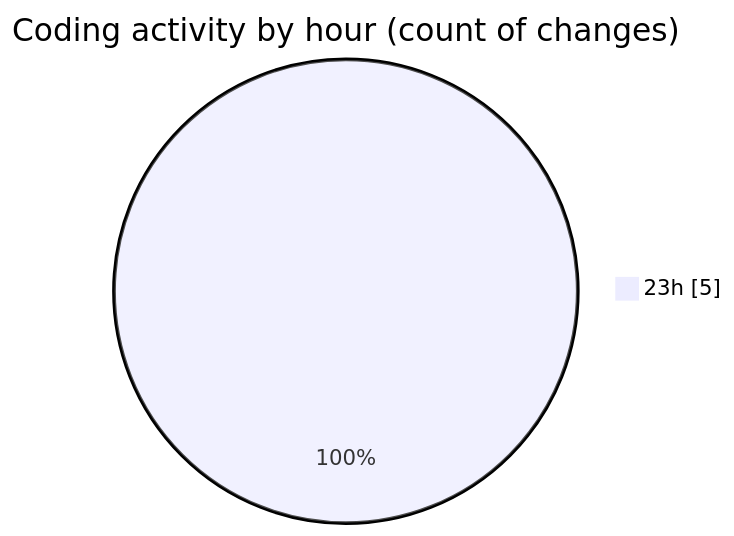
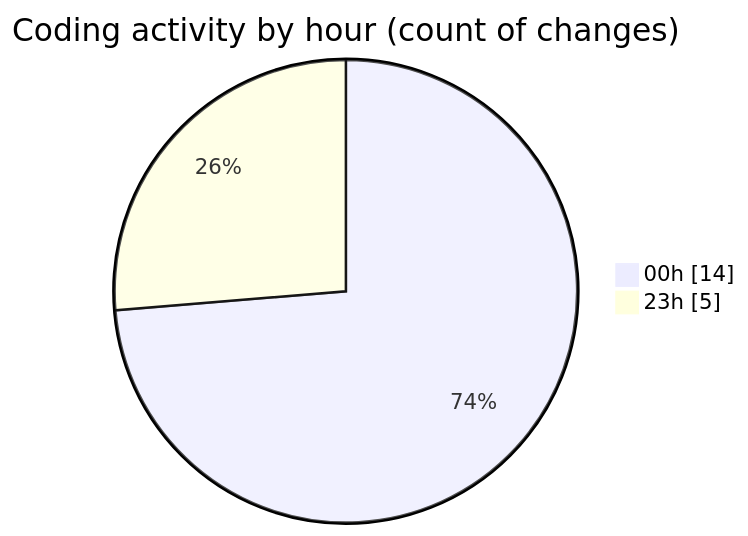
One commit to Ritupan-Deka/code-tracking changed the second of 2 diagrams in 2025-06-14/projects/README.md. Above: the diagram before and after it, drawn with Mermaid. The commit also changed other lines of this file and 1 other file, not shown here.

````diff
--- a/2025-06-14/projects/README.md
+++ b/2025-06-14/projects/README.md
@@ -32,5 +38,6 @@
 ```mermaid
 pie showData
 title Coding activity by hour (count of changes)
+"00h" : 14
 "23h" : 5
 ```
````
